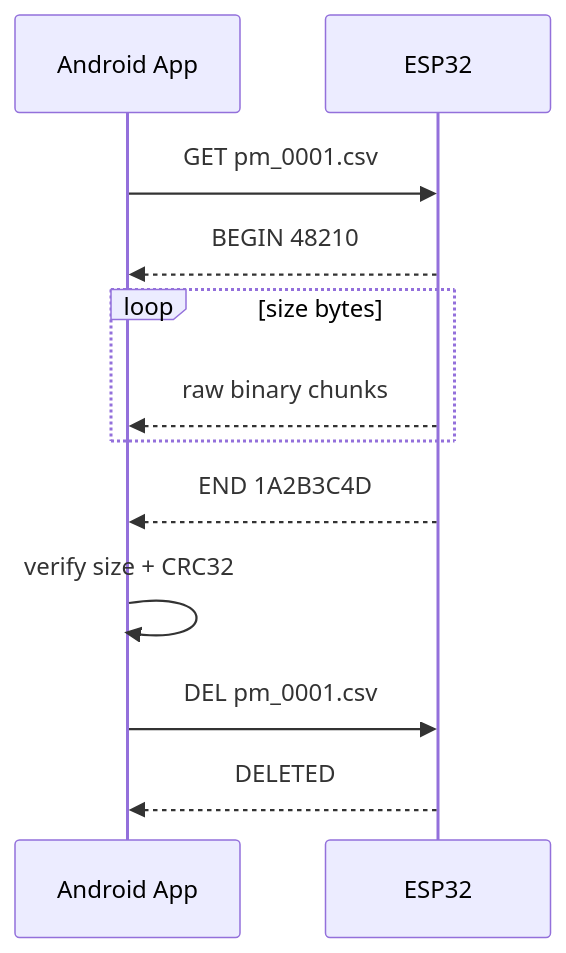
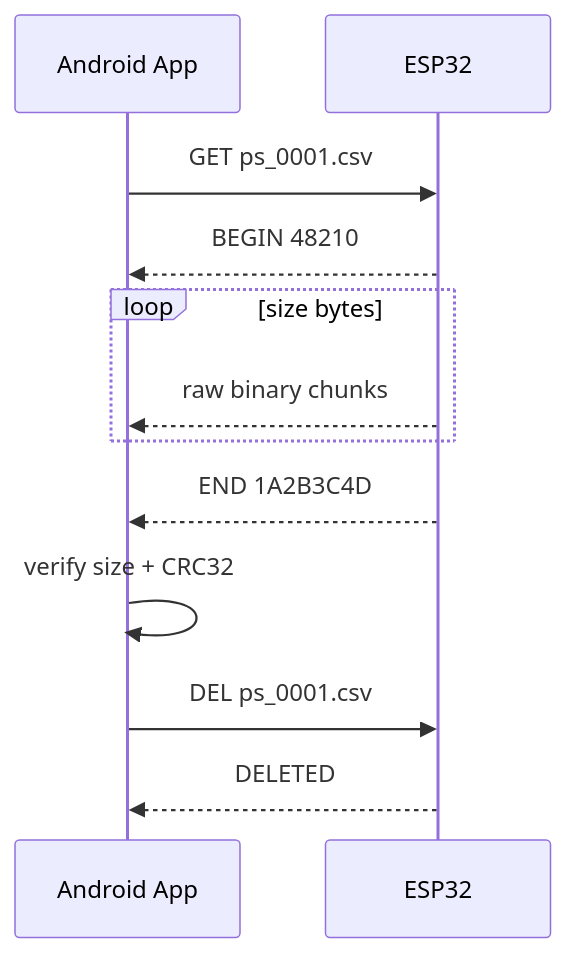
The second of 3 diagrams in docs/architecture.md (NanoNabla/PaddleSense), drawn with Mermaid before and after one commit. The commit also changed other lines of this file and 27 other files, not shown here.

````diff
--- a/docs/architecture.md
+++ b/docs/architecture.md
@@ -145,14 +148,14 @@
 ```mermaid
 sequenceDiagram
     participant A as Android App
     participant E as ESP32
-    A->>E: GET pm_0001.csv
+    A->>E: GET ps_0001.csv
     E-->>A: BEGIN 48210
     loop size bytes
         E-->>A: raw binary chunks
     end
     E-->>A: END 1A2B3C4D
     A->>A: verify size + CRC32
-    A->>E: DEL pm_0001.csv
+    A->>E: DEL ps_0001.csv
     E-->>A: DELETED
 ```
````
